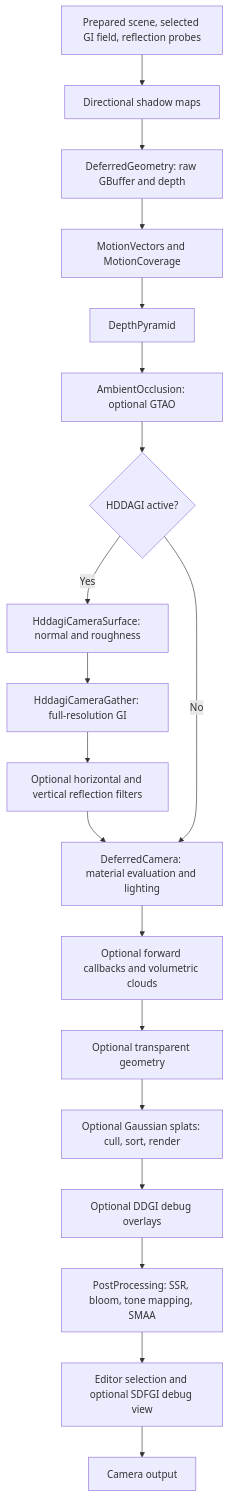
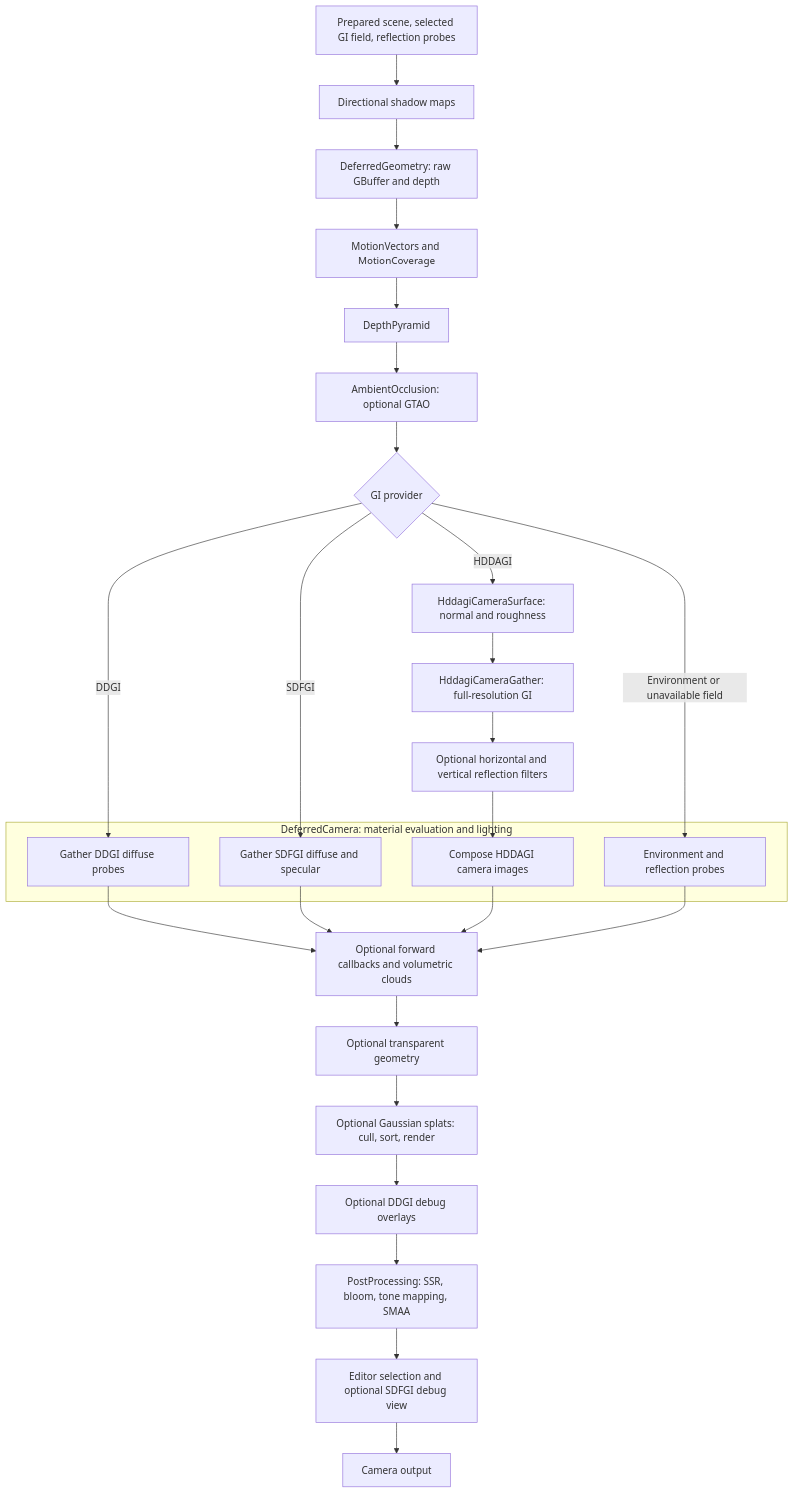
One commit to edisonlee0212/EvoEngine changed the fourth of 4 diagrams in docs/rendering.md. Above: the diagram before and after it, drawn with Mermaid. The commit also changed other lines of this file and 2 other files, not shown here.

Commit message:
Document GI camera branches and record SDFGI capture diagnostics
Show DDGI, SDFGI, HDDAGI and Environment explicitly in the raster flow. Pin the SDFGI capture seed and save sampling snapshots, with optional frozen diagnostic views.

Documentation tests and formatting pass. Fixed-seed captures reproduce the existing golden variation; the underlying rendering issue remains unresolved.

````diff
--- a/docs/rendering.md
+++ b/docs/rendering.md
@@ -144,21 +144,32 @@
 ```mermaid
 flowchart TD
   A[Prepared scene, selected GI field, reflection probes] --> B[Directional shadow maps]
   B --> C[DeferredGeometry: raw GBuffer and depth]
   C --> D[MotionVectors and MotionCoverage]
   D --> E[DepthPyramid]
   E --> F[AmbientOcclusion: optional GTAO]
-  F --> G{HDDAGI active?}
-  G -->|Yes| H[HddagiCameraSurface: normal and roughness]
+  F --> G{GI provider}
+  G -->|HDDAGI| H[HddagiCameraSurface: normal and roughness]
   H --> I[HddagiCameraGather: full-resolution GI]
   I --> J[Optional horizontal and vertical reflection filters]
-  J --> K[DeferredCamera: material evaluation and lighting]
-  G -->|No| K
-  K --> L[Optional forward callbacks and volumetric clouds]
+  subgraph K[DeferredCamera: material evaluation and lighting]
+    KD[Gather DDGI diffuse probes]
+    KS[Gather SDFGI diffuse and specular]
+    KH[Compose HDDAGI camera images]
+    KE[Environment and reflection probes]
+  end
+  G -->|DDGI| KD
+  G -->|SDFGI| KS
+  G -->|Environment or unavailable field| KE
+  J --> KH
+  KD --> L[Optional forward callbacks and volumetric clouds]
+  KS --> L
+  KH --> L
+  KE --> L
   L --> M[Optional transparent geometry]
   M --> N[Optional Gaussian splats: cull, sort, render]
   N --> O[Optional DDGI debug overlays]
   O --> P[PostProcessing: SSR, bloom, tone mapping, SMAA]
   P --> Q[Editor selection and optional SDFGI debug view]
   Q --> R[Camera output]
 ```
````
